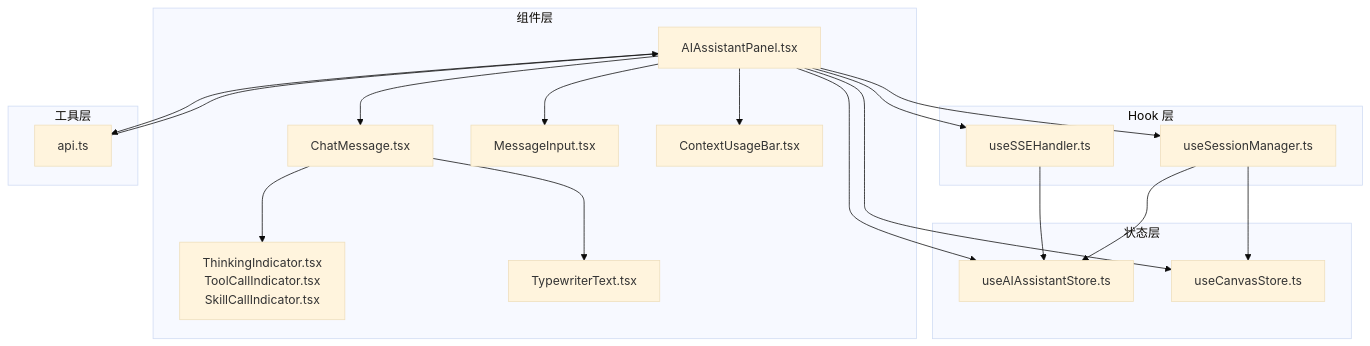
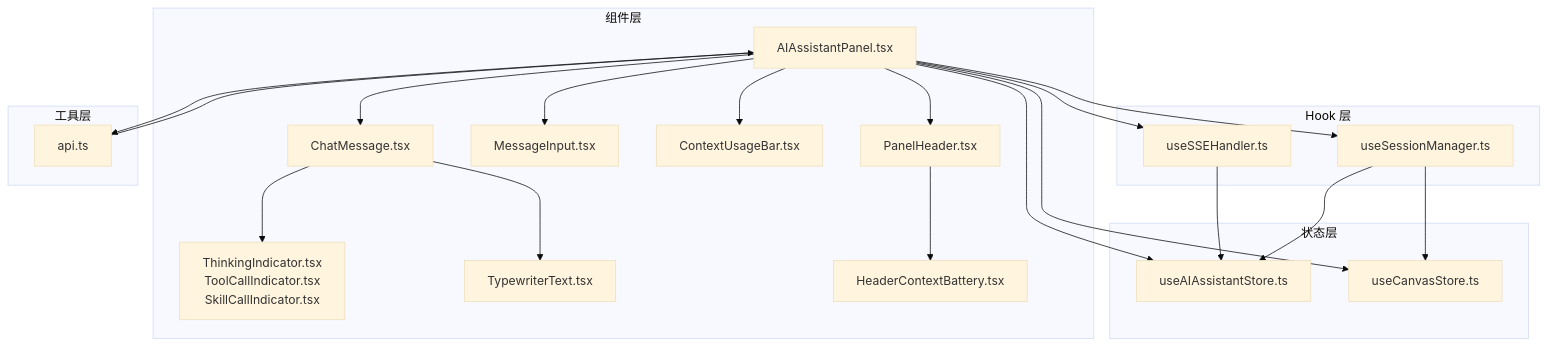
The first of 9 diagrams in .qoder/repowiki/zh/content/前端应用架构/UI组件库/AI助手组件.md (KunLabAI/KunFlix), drawn with Mermaid (base theme) before and after one commit. The commit also changed other lines of this file and 9 other files, not shown here.

````diff
--- a/.qoder/repowiki/zh/content/前端应用架构/UI组件库/AI助手组件.md
+++ b/.qoder/repowiki/zh/content/前端应用架构/UI组件库/AI助手组件.md
@@ -49,36 +57,40 @@
 ```mermaid
 graph TB
 subgraph "组件层"
 Panel["AIAssistantPanel.tsx"]
 Msg["ChatMessage.tsx"]
 Input["MessageInput.tsx"]
 Indicators["ThinkingIndicator.tsx<br/>ToolCallIndicator.tsx<br/>SkillCallIndicator.tsx"]
 Typewriter["TypewriterText.tsx"]
 ContextBar["ContextUsageBar.tsx"]
+Header["PanelHeader.tsx"]
+HeaderContextBattery["HeaderContextBattery.tsx"]
 end
 subgraph "Hook 层"
 SSE["useSSEHandler.ts"]
 Session["useSessionManager.ts"]
 end
 subgraph "状态层"
 Store["useAIAssistantStore.ts"]
 CanvasStore["useCanvasStore.ts"]
 end
 subgraph "工具层"
 API["api.ts"]
 end
 Panel --> Msg
 Panel --> Input
 Panel --> ContextBar
+Panel --> Header
+Header --> HeaderContextBattery
 Panel --> SSE
 Panel --> Session
 Msg --> Typewriter
 Msg --> Indicators
 Panel --> Store
 Panel --> CanvasStore
 Panel --> API
 SSE --> Store
 Session --> Store
 Session --> CanvasStore
 API --> Panel
 ```
````
